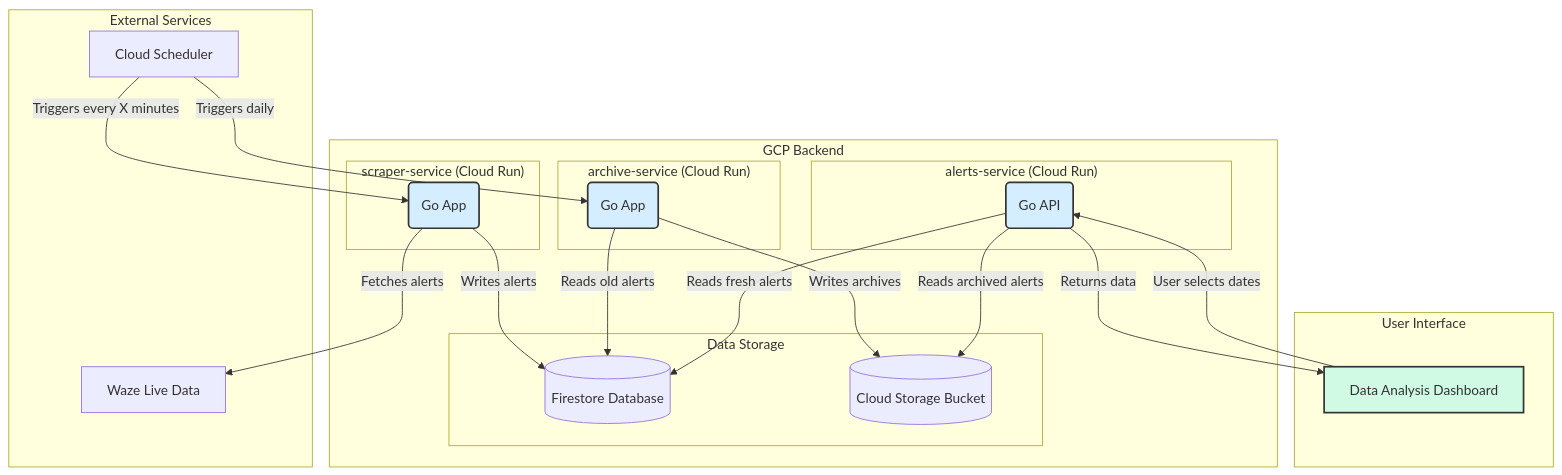
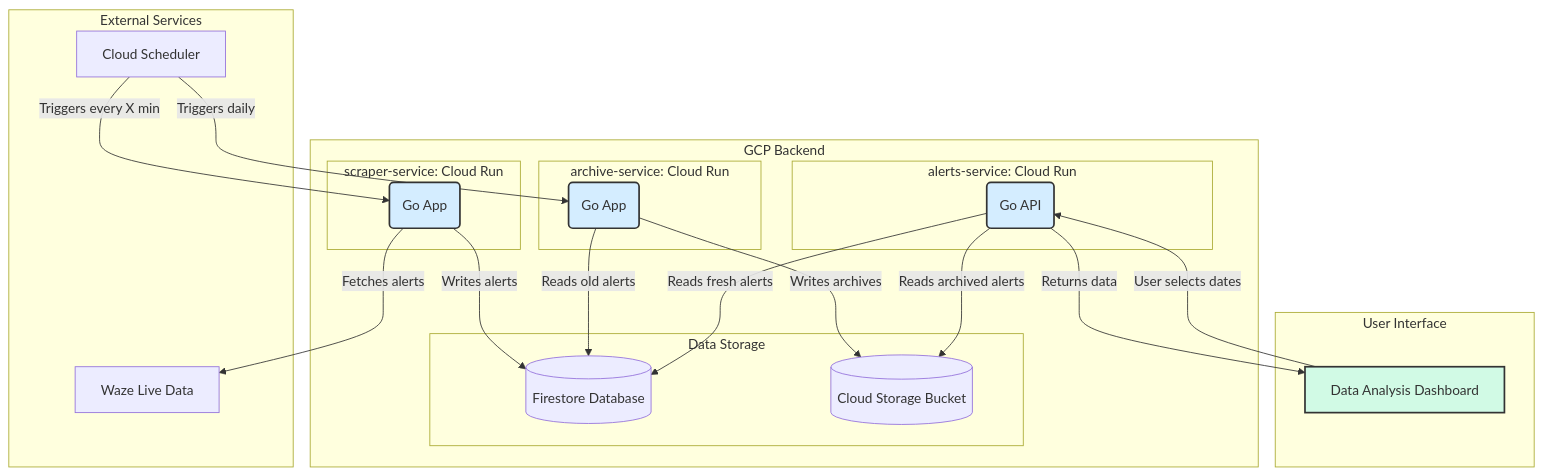
One commit to Lllllllleong/wazePoliceScraperGCP changed the diagram in ARCHITECTURE.md. Above: the diagram before and after it, drawn with Mermaid. The commit also changed 6 other files, not shown here.

````diff
--- a/ARCHITECTURE.md
+++ b/ARCHITECTURE.md
@@ -24,49 +24,50 @@
 ```mermaid
 graph TD
-    subgraph External Services
+    subgraph External_Services [External Services]
         Waze[Waze Live Data]
         Scheduler[Cloud Scheduler]
     end
 
-    subgraph GCP Backend
-        subgraph "scraper-service (Cloud Run)"
+    subgraph GCP_Backend [GCP Backend]
+        subgraph Scraper_SRV [scraper-service: Cloud Run]
             Scraper(Go App)
         end
 
-        subgraph "alerts-service (Cloud Run)"
+        subgraph Alerts_SRV [alerts-service: Cloud Run]
             AlertsAPI(Go API)
         end
 
-        subgraph "archive-service (Cloud Run)"
+        subgraph Archive_SRV [archive-service: Cloud Run]
             Archive(Go App)
         end
 
-        subgraph Data Storage
+        subgraph Data_Storage [Data Storage]
             Firestore[(Firestore Database)]
             GCS[(Cloud Storage Bucket)]
         end
     end
 
-    subgraph User Interface
+    subgraph UI [User Interface]
         Dashboard[Data Analysis Dashboard]
     end
 
     %% Data Flow
-    Scheduler -- Triggers every X minutes --> Scraper
-    Scraper -- Fetches alerts --> Waze
-    Scraper -- Writes alerts --> Firestore
+    Scheduler -->|Triggers every X min| Scraper
+    Scraper -->|Fetches alerts| Waze
+    Scraper -->|Writes alerts| Firestore
 
-    Scheduler -- Triggers daily --> Archive
-    Archive -- Reads old alerts --> Firestore
-    Archive -- Writes archives --> GCS
+    Scheduler -->|Triggers daily| Archive
+    Archive -->|Reads old alerts| Firestore
+    Archive -->|Writes archives| GCS
 
-    Dashboard -- User selects dates --> AlertsAPI
-    AlertsAPI -- Reads fresh alerts --> Firestore
-    AlertsAPI -- Reads archived alerts --> GCS
-    AlertsAPI -- Returns data --> Dashboard
+    Dashboard -->|User selects dates| AlertsAPI
+    AlertsAPI -->|Reads fresh alerts| Firestore
+    AlertsAPI -->|Reads archived alerts| GCS
+    AlertsAPI -->|Returns data| Dashboard
 
+    %% Styling
     style Scraper fill:#d4edff,stroke:#333,stroke-width:2px
     style AlertsAPI fill:#d4edff,stroke:#333,stroke-width:2px
     style Archive fill:#d4edff,stroke:#333,stroke-width:2px
     style Dashboard fill:#d1fae5,stroke:#333,stroke-width:2px
 ```
````
